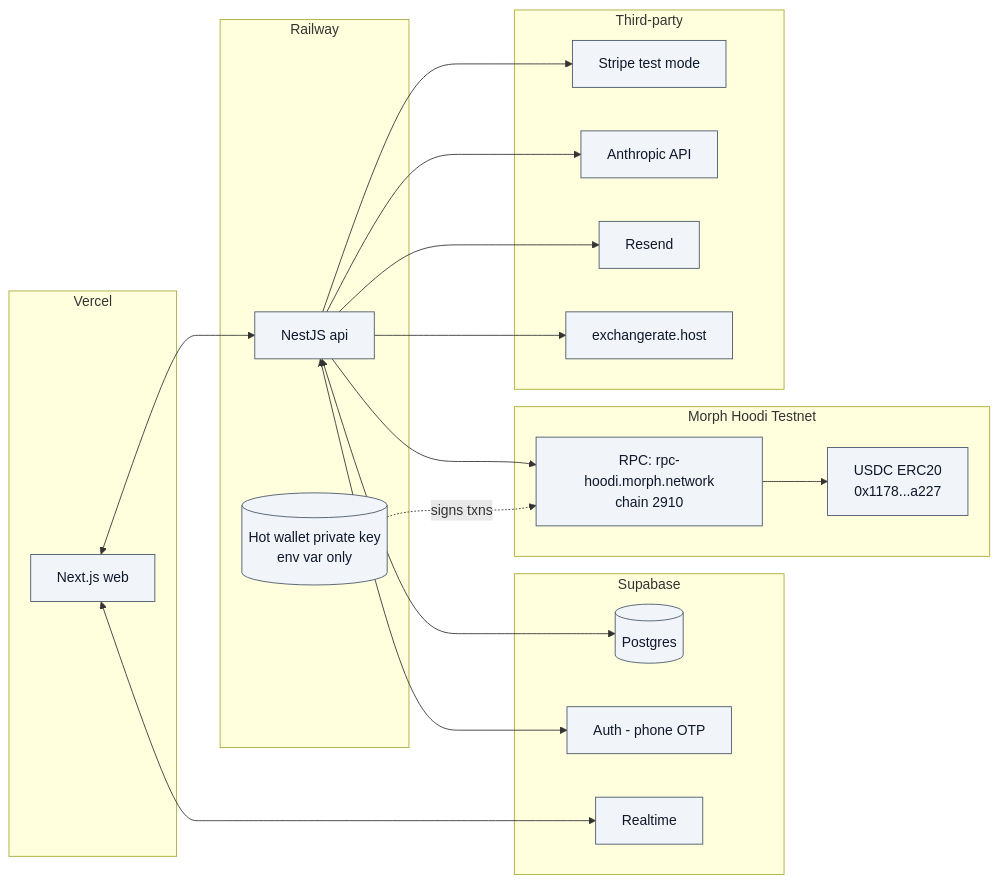
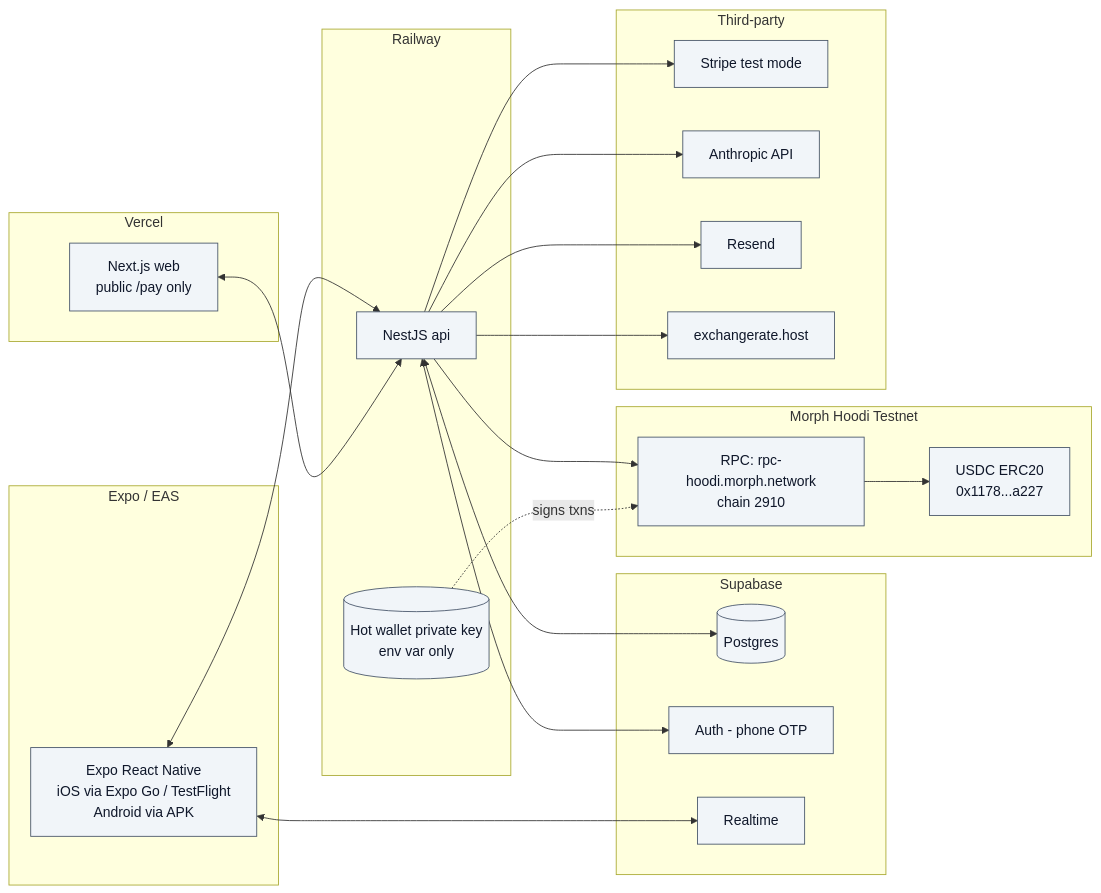
One commit to LodiAniez/teampagadian-hackathon changed the seventh of 7 diagrams in docs/architecture.md. Above: the diagram before and after it, drawn with Mermaid. The commit also changed other lines of this file, not shown here.

First line of the commit message:
docs(architecture): reflect mobile pivot (freelancer = Expo, web = /pay only)

````diff
--- a/docs/architecture.md
+++ b/docs/architecture.md
@@ -389,39 +397,43 @@
 ```mermaid
 flowchart LR
     classDef vendor fill:#f1f5f9,stroke:#475569,color:#0f172a
 
+    subgraph EAS["Expo / EAS"]
+        MobileDeploy[Expo React Native<br/>iOS via Expo Go / TestFlight<br/>Android via APK]:::vendor
+    end
     subgraph Vercel["Vercel"]
-        WebDeploy[Next.js web]:::vendor
+        WebDeploy[Next.js web<br/>public /pay only]:::vendor
     end
     subgraph Railway["Railway"]
         ApiDeploy[NestJS api]:::vendor
         HotWallet[(Hot wallet private key<br/>env var only)]:::vendor
     end
     subgraph Supabase["Supabase"]
         Pg[(Postgres)]:::vendor
         SbAuth[Auth - phone OTP]:::vendor
         SbRt[Realtime]:::vendor
     end
     subgraph Chain["Morph Hoodi Testnet"]
         Rpc[RPC: rpc-hoodi.morph.network<br/>chain 2910]:::vendor
         Usdc["USDC ERC20<br/>0x1178...a227"]:::vendor
     end
     subgraph SaaS["Third-party"]
         StripeS[Stripe test mode]:::vendor
         ClaudeS[Anthropic API]:::vendor
         ResendS[Resend]:::vendor
         FxS[exchangerate.host]:::vendor
     end
 
+    MobileDeploy <--> ApiDeploy
     WebDeploy <--> ApiDeploy
     ApiDeploy <--> Pg
     ApiDeploy <--> SbAuth
-    WebDeploy <--> SbRt
+    MobileDeploy <--> SbRt
     ApiDeploy --> Rpc
     Rpc --> Usdc
     ApiDeploy --> StripeS
     ApiDeploy --> ClaudeS
     ApiDeploy --> ResendS
     ApiDeploy --> FxS
     HotWallet -. signs txns .-> Rpc
 ```
````
